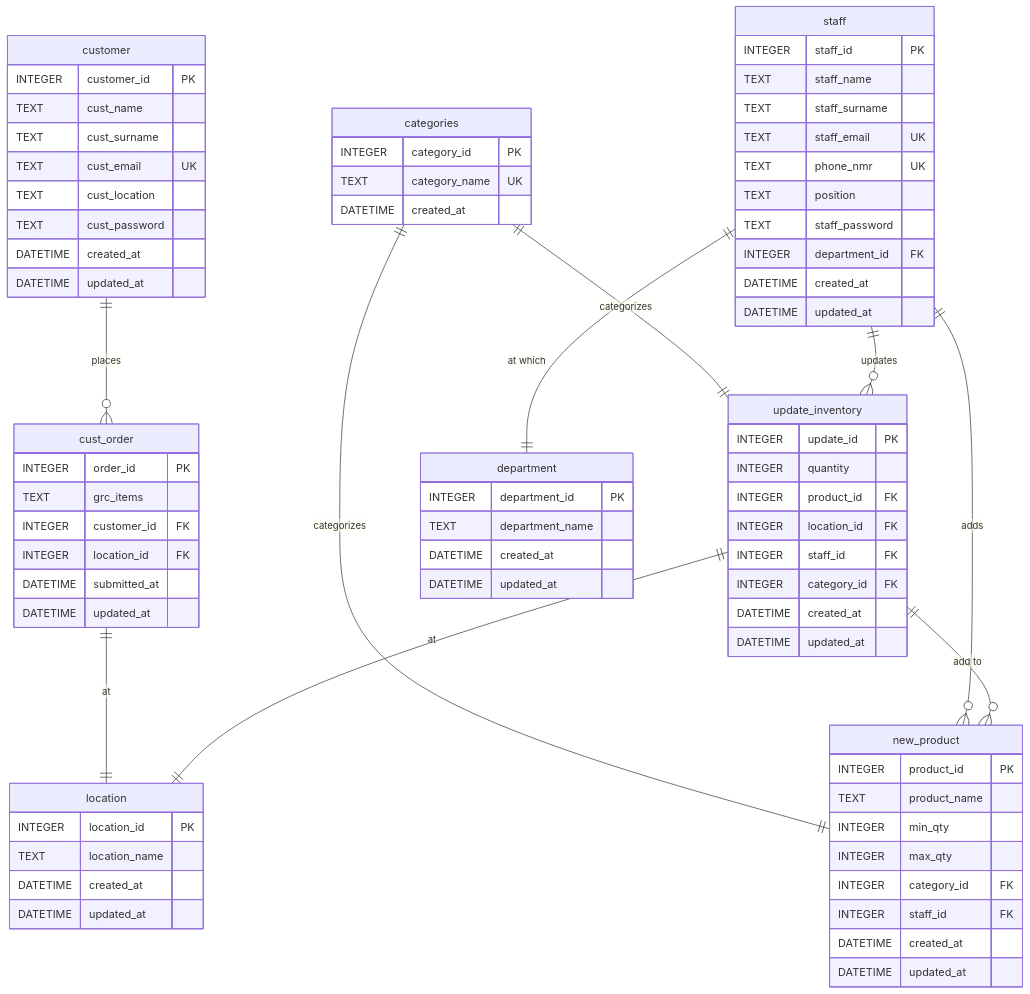
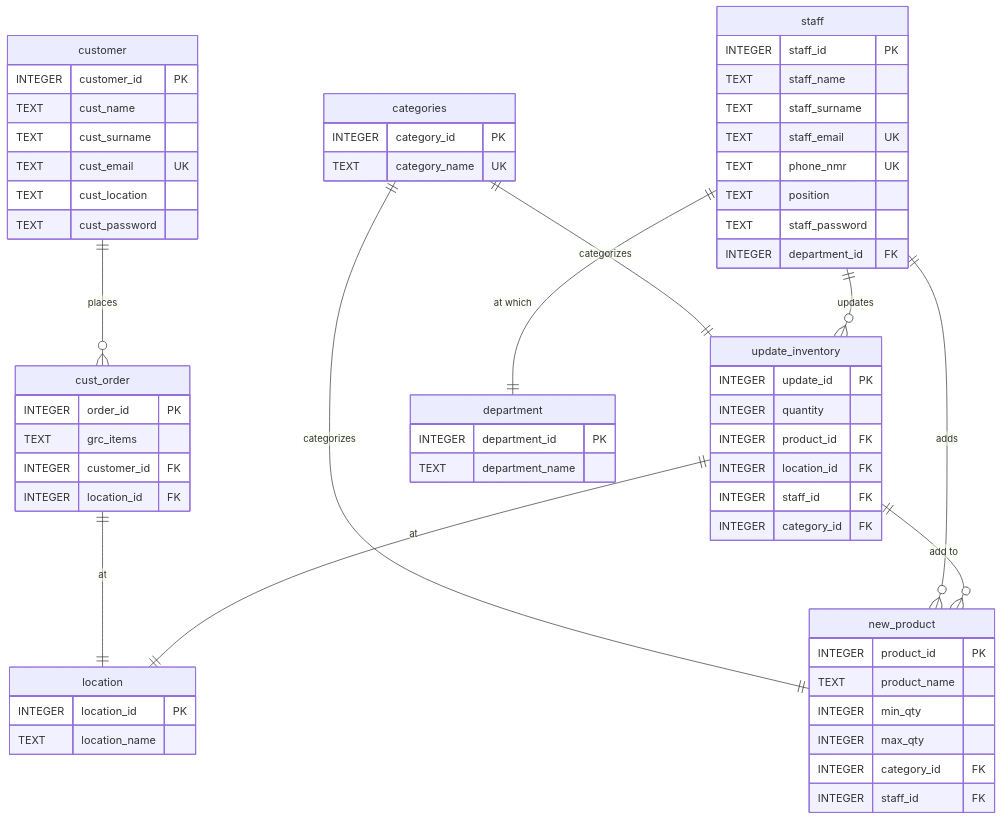
One commit to u21518727/BFB_Group_22_Final changed the diagram in README.md. Above: the diagram before and after it, drawn with Mermaid.

Commit message:
Remove timestamp fields from database schema
Removed 'created_at' and 'updated_at' fields from multiple tables in the database schema.

```diff
--- a/README.md
+++ b/README.md
@@ -39,8 +39,6 @@
         TEXT    cust_email UK
         TEXT    cust_location       
         TEXT    cust_password
-        DATETIME created_at
-        DATETIME updated_at
     }
 
     staff {
@@ -52,14 +50,12 @@
         TEXT    position
         TEXT    staff_password
         INTEGER department_id FK
-        DATETIME created_at
-        DATETIME updated_at
+
     }
 
     categories {
         INTEGER category_id PK
         TEXT    category_name UK
-        DATETIME created_at
     }
 
     new_product {
@@ -69,15 +65,12 @@
         INTEGER max_qty
         INTEGER category_id FK
         INTEGER staff_id FK
-        DATETIME created_at
-        DATETIME updated_at
     }
 
     location {
         INTEGER location_id PK
         TEXT    location_name       
-        DATETIME created_at
-        DATETIME updated_at
+
     }
 
     update_inventory {
@@ -87,8 +80,7 @@
         INTEGER location_id FK
         INTEGER staff_id FK
         INTEGER category_id FK
-        DATETIME created_at
-        DATETIME updated_at
+
     }
 
     cust_order {
@@ -96,15 +88,13 @@
         TEXT   grc_items
         INTEGER customer_id FK
         INTEGER location_id FK    
-        DATETIME submitted_at
-        DATETIME updated_at
+
     }
 
     department {
         INTEGER department_id PK
         TEXT    department_name
-        DATETIME created_at
-        DATETIME updated_at
+
     }
 
     customer ||--o{ cust_order : "places"
```
